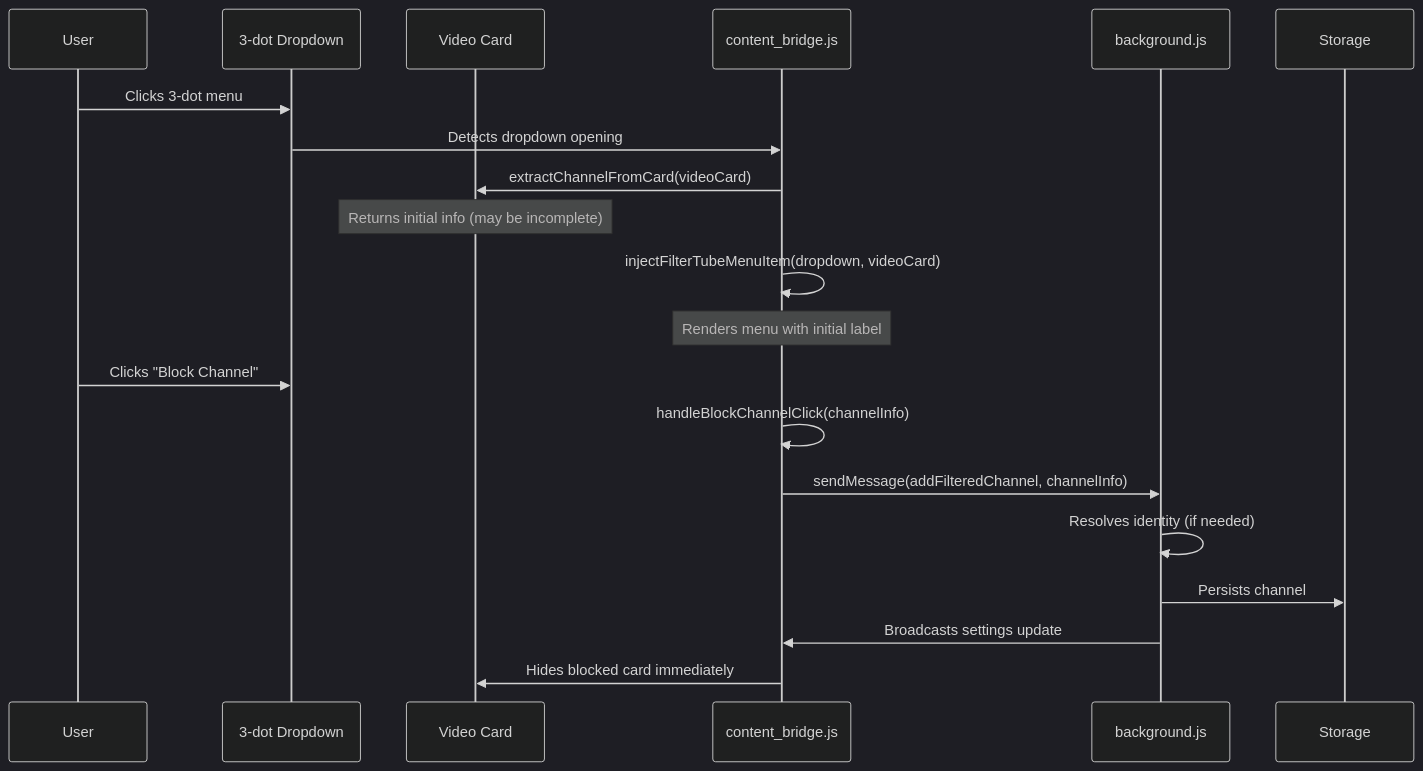
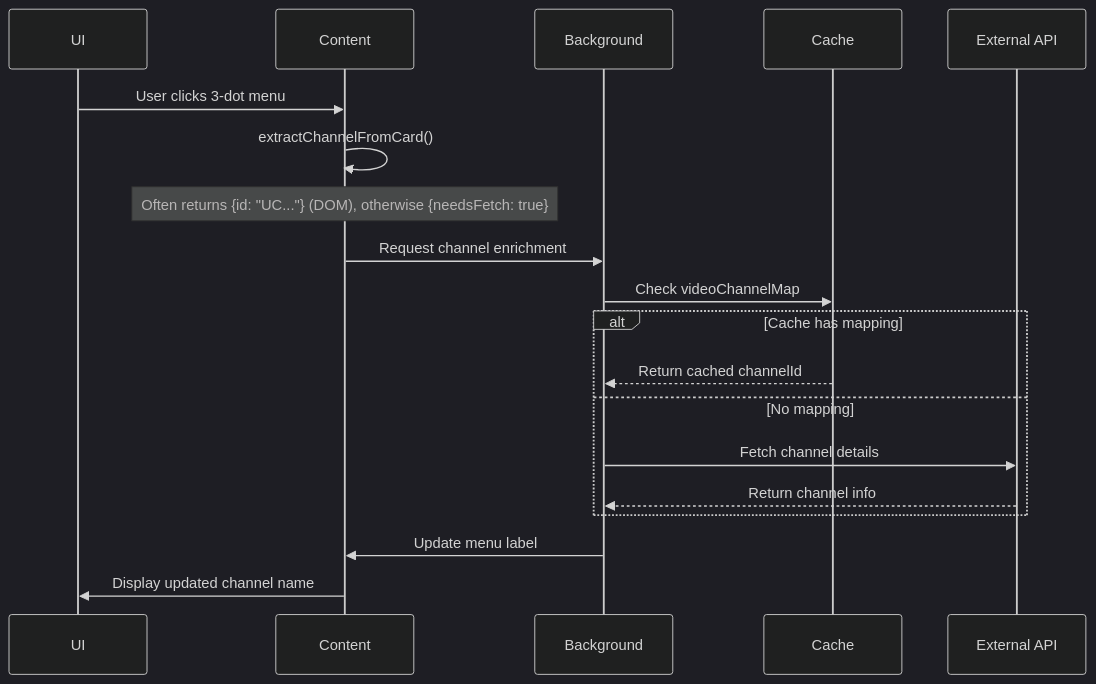
The second of 7 diagrams in docs/TECHNICAL.md (varshneydevansh/FilterTube), drawn with Mermaid (dark theme) before and after one commit. The commit also changed other lines of this file and 7 other files, not shown here.

````diff
--- a/docs/TECHNICAL.md
+++ b/docs/TECHNICAL.md
@@ -172,23 +172,22 @@
 ```mermaid
 sequenceDiagram
-    participant User
-    participant Menu as 3-dot Dropdown
-    participant Card as Video Card
-    participant CB as content_bridge.js
-    participant BG as background.js
-    participant Storage
+    participant UI as UI
+    participant Content as Content
+    participant Background as Background
+    participant Cache as Cache
+    participant API as External API
 
-    User->>Menu: Clicks 3-dot menu
-    Menu->>CB: Detects dropdown opening
-    CB->>Card: extractChannelFromCard(videoCard)
-    Note over Card: Returns initial info (may be incomplete)
-    CB->>CB: injectFilterTubeMenuItem(dropdown, videoCard)
-    Note over CB: Renders menu with initial label
-    User->>Menu: Clicks "Block Channel"
-    CB->>CB: handleBlockChannelClick(channelInfo)
-    CB->>BG: sendMessage(addFilteredChannel, channelInfo)
-    BG->>BG: Resolves identity (if needed)
-    BG->>Storage: Persists channel
-    BG->>CB: Broadcasts settings update
-    CB->>Card: Hides blocked card immediately
+    UI->>Content: User clicks 3-dot menu
+    Content->>Content: extractChannelFromCard()
+    Note over Content: Often returns {id: "UC..."} (DOM), otherwise {needsFetch: true}
+    Content->>Background: Request channel enrichment
+    Background->>Cache: Check videoChannelMap
+    alt Cache has mapping
+        Cache-->>Background: Return cached channelId
+    else No mapping
+        Background->>API: Fetch channel details
+        API-->>Background: Return channel info
+    end
+    Background->>Content: Update menu label
+    Content->>UI: Display updated channel name
 ```
````
